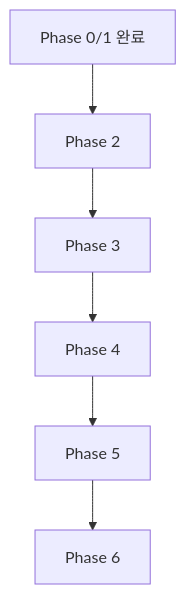
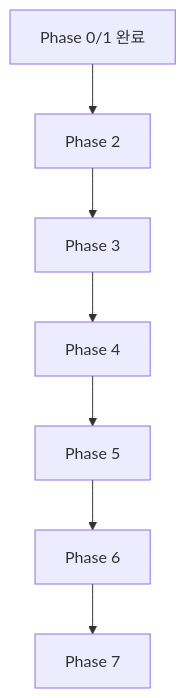
One commit to jedikim/web-testing changed the diagram in doc/CODEX-IMPLEMENTATION-PLAN.md. Above: the diagram before and after it, drawn with Mermaid. The commit also changed other lines of this file and 33 other files, not shown here.

````diff
--- a/doc/CODEX-IMPLEMENTATION-PLAN.md
+++ b/doc/CODEX-IMPLEMENTATION-PLAN.md
@@ -189,8 +216,9 @@
 ```mermaid
 flowchart TD
     A["Phase 0/1 완료"] --> B["Phase 2"]
     B --> C["Phase 3"]
     C --> D["Phase 4"]
     D --> E["Phase 5"]
     E --> F["Phase 6"]
+    F --> G["Phase 7"]
 ```
````
